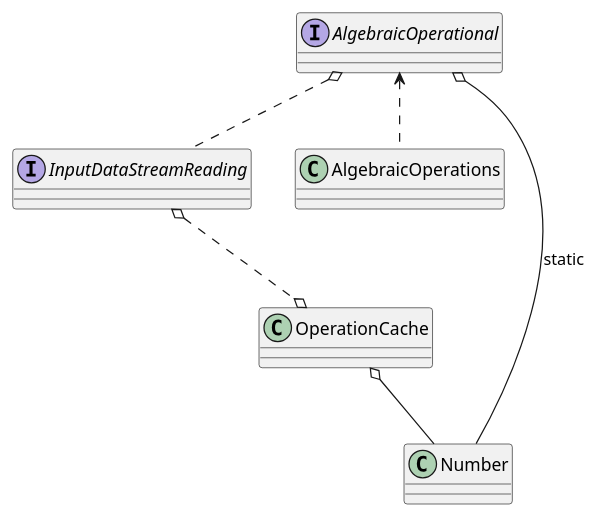
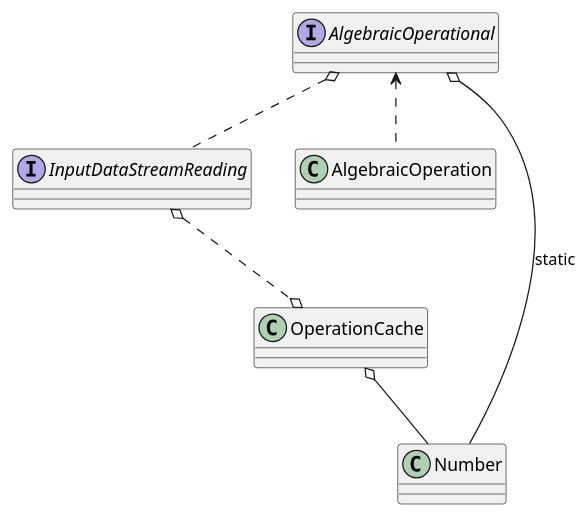
The diagram in src/main/resources/CalculatorClasses.puml (vitalispopoff/calculator), drawn with PlantUML before and after one commit. The commit also changed 11 other files, not shown here.

```diff
--- a/src/main/resources/CalculatorClasses.puml
+++ b/src/main/resources/CalculatorClasses.puml
@@ -1,22 +1,22 @@
 @startuml
 
 interface AlgebraicOperational
 interface InputDataStreamReading
-class AlgebraicOperations
+class AlgebraicOperation
 class Number
 class OperationCache
 
-AlgebraicOperational <.. AlgebraicOperations
+AlgebraicOperational <.. AlgebraicOperation
 AlgebraicOperational o-- Number : static
 InputDataStreamReading  o..o OperationCache
 AlgebraicOperational o.. InputDataStreamReading
 
 OperationCache o-- Number
 
 /'
 class ArrayList {
 Object[] elementData
 size()
 }'/
 
 @enduml
```
